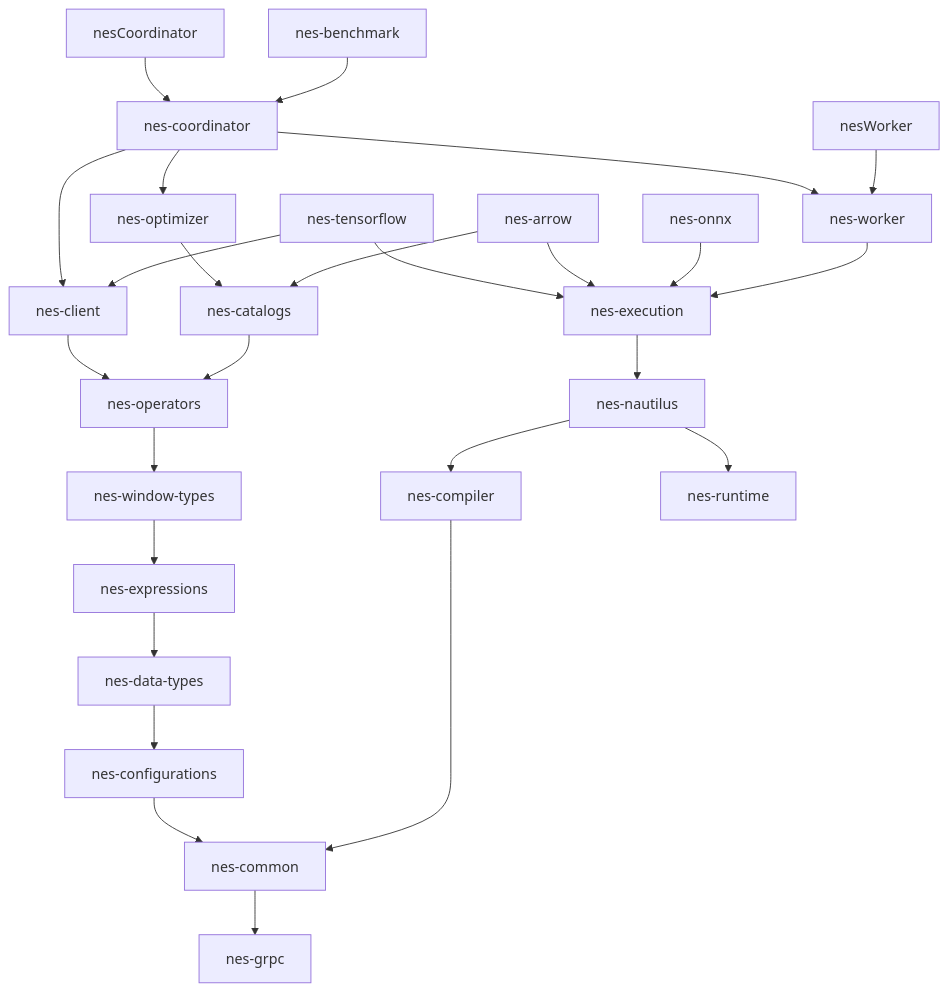
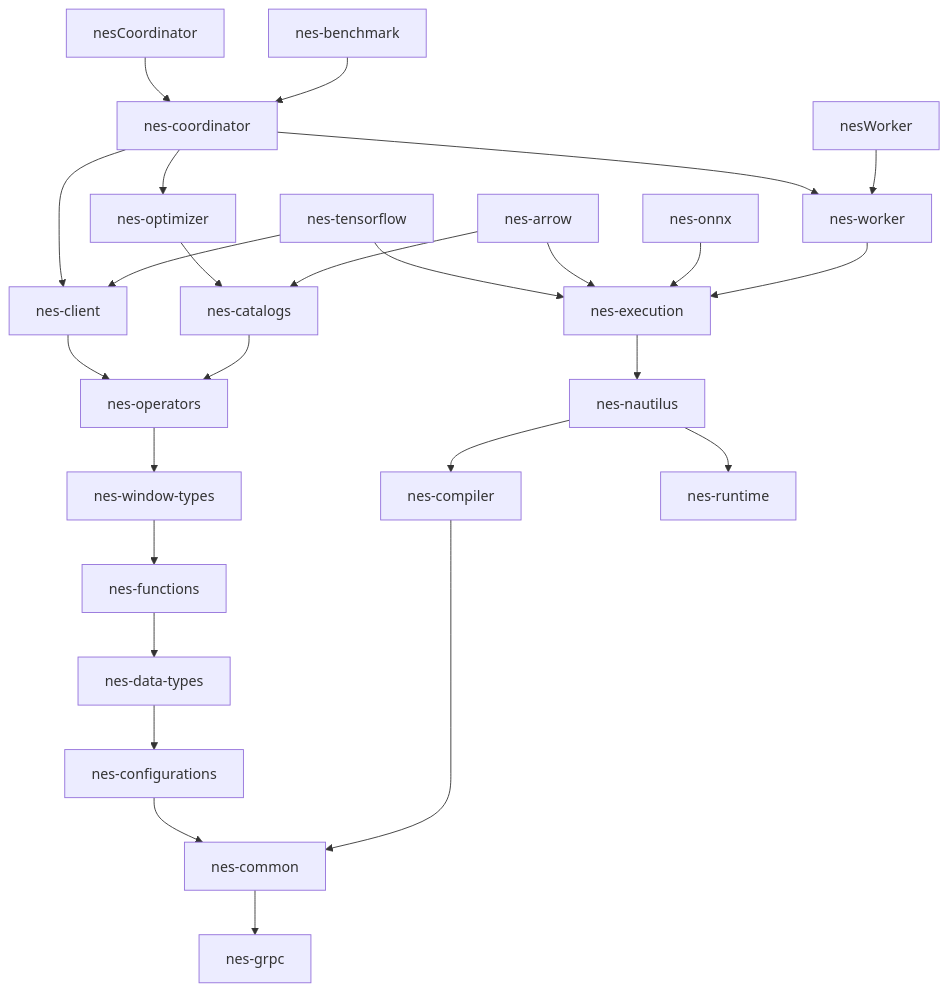
The diagram in README.md (nebulastream/nebulastream), drawn with Mermaid before and after one commit. The commit also changed other lines of this file and 364 other files, not shown here.

Commit message:
chore(Expressions/Functions) Renamed expression to function

````diff
--- a/README.md
+++ b/README.md
@@ -44,28 +44,28 @@
 ```mermaid
 graph TD;
 nes-common-->nes-grpc
 nes-configurations-->nes-common
 nes-data-types-->nes-configurations
-nes-expressions-->nes-data-types
-nes-window-types-->nes-expressions
+nes-functions-->nes-data-types
+nes-window-types-->nes-functions
 nes-operators-->nes-window-types
 nes-client-->nes-operators
 nes-catalogs-->nes-operators
 nes-optimizer-->nes-catalogs
 nes-coordinator-->nes-optimizer 
 nes-coordinator-->nes-worker 
 nes-coordinator-->nes-client
 nes-execution-->nes-nautilus
 nes-nautilus-->nes-compiler
 nes-nautilus-->nes-runtime
 nes-compiler-->nes-common
 nesCoordinator-->nes-coordinator
 nesWorker-->nes-worker
 nes-tensorflow-->nes-execution
 nes-tensorflow-->nes-client
 nes-arrow-->nes-catalogs
 nes-arrow-->nes-execution 
 nes-onnx-->nes-execution
 nes-benchmark-->nes-coordinator
 nes-worker-->nes-execution
 ```
````
